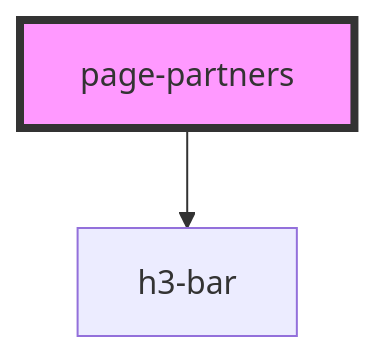
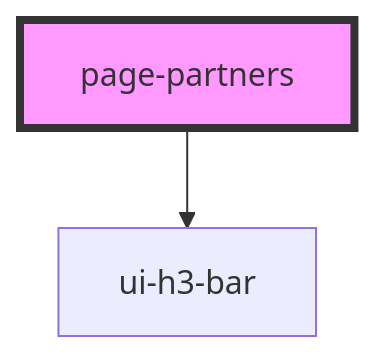
The diagram in site/src/components/page-partners/readme.md (pizza-to-the-polls/power-the-polls), drawn with Mermaid before and after one commit. The commit also changed other lines of this file and 18 other files, not shown here.

````diff
--- a/site/src/components/page-partners/readme.md
+++ b/site/src/components/page-partners/readme.md
@@ -22,5 +22,5 @@
 ```mermaid
 graph TD;
-  page-partners --> h3-bar
+  page-partners --> ui-h3-bar
   style page-partners fill:#f9f,stroke:#333,stroke-width:4px
 ```
````
